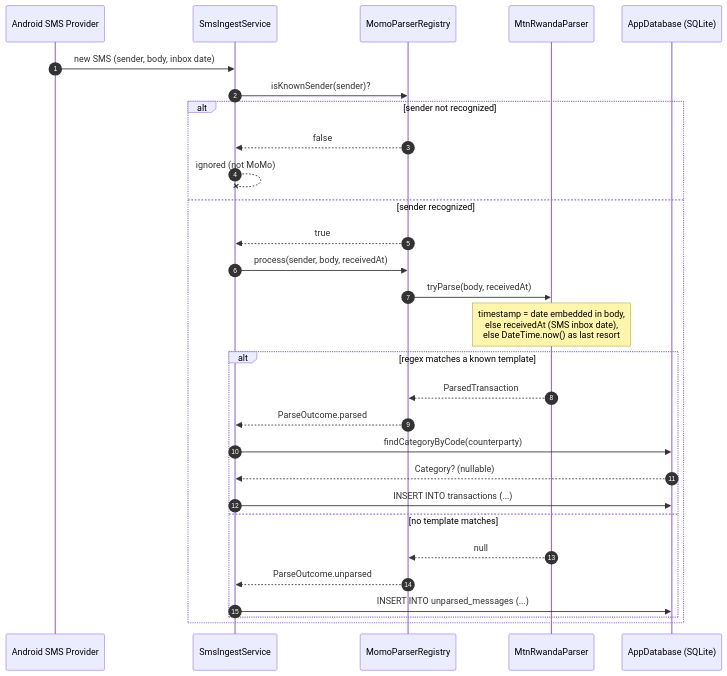
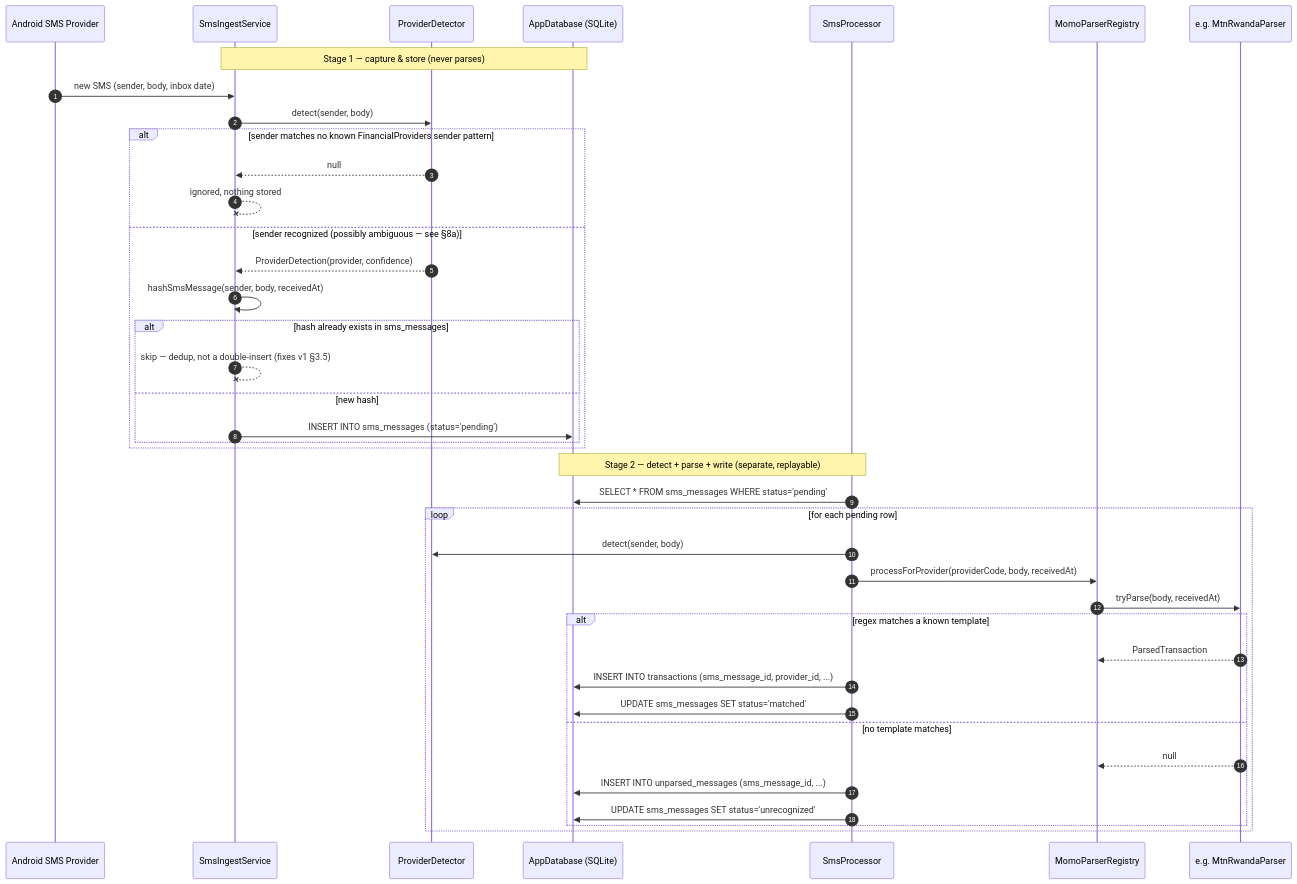
One commit to Illustre13/menyaKash changed the third of 13 diagrams in docs/ARCHITECTURE.md. Above: the diagram before and after it, drawn with Mermaid. The commit also changed other lines of this file, not shown here.

First line of the commit message:
docs: update system architecture

````diff
--- a/docs/ARCHITECTURE.md
+++ b/docs/ARCHITECTURE.md
@@ -121,32 +137,44 @@
 ```mermaid
 sequenceDiagram
     autonumber
     participant OS as Android SMS Provider
     participant Ingest as SmsIngestService
+    participant Det as ProviderDetector
+    participant DB as AppDatabase (SQLite)
+    participant Proc as SmsProcessor
     participant Reg as MomoParserRegistry
-    participant Parser as MtnRwandaParser
-    participant DB as AppDatabase (SQLite)
+    participant Parser as e.g. MtnRwandaParser
 
+    Note over Ingest,DB: Stage 1 — capture & store (never parses)
     OS->>Ingest: new SMS (sender, body, inbox date)
-    Ingest->>Reg: isKnownSender(sender)?
-    alt sender not recognized
-        Reg-->>Ingest: false
-        Ingest--xIngest: ignored (not MoMo)
-    else sender recognized
-        Reg-->>Ingest: true
-        Ingest->>Reg: process(sender, body, receivedAt)
+    Ingest->>Det: detect(sender, body)
+    alt sender matches no known FinancialProviders sender pattern
+        Det-->>Ingest: null
+        Ingest--xIngest: ignored, nothing stored
+    else sender recognized (possibly ambiguous — see §8a)
+        Det-->>Ingest: ProviderDetection(provider, confidence)
+        Ingest->>Ingest: hashSmsMessage(sender, body, receivedAt)
+        alt hash already exists in sms_messages
+            Ingest--xIngest: skip — dedup, not a double-insert (fixes v1 §3.5)
+        else new hash
+            Ingest->>DB: INSERT INTO sms_messages (status='pending')
+        end
+    end
+
+    Note over Proc,DB: Stage 2 — detect + parse + write (separate, replayable)
+    Proc->>DB: SELECT * FROM sms_messages WHERE status='pending'
+    loop for each pending row
+        Proc->>Det: detect(sender, body)
+        Proc->>Reg: processForProvider(providerCode, body, receivedAt)
         Reg->>Parser: tryParse(body, receivedAt)
-        Note over Parser: timestamp = date embedded in body,<br/>else receivedAt (SMS inbox date),<br/>else DateTime.now() as last resort
         alt regex matches a known template
             Parser-->>Reg: ParsedTransaction
-            Reg-->>Ingest: ParseOutcome.parsed
-            Ingest->>DB: findCategoryByCode(counterparty)
-            DB-->>Ingest: Category? (nullable)
-            Ingest->>DB: INSERT INTO transactions (...)
+            Proc->>DB: INSERT INTO transactions (sms_message_id, provider_id, ...)
+            Proc->>DB: UPDATE sms_messages SET status='matched'
         else no template matches
             Parser-->>Reg: null
-            Reg-->>Ingest: ParseOutcome.unparsed
-            Ingest->>DB: INSERT INTO unparsed_messages (...)
+            Proc->>DB: INSERT INTO unparsed_messages (sms_message_id, ...)
+            Proc->>DB: UPDATE sms_messages SET status='unrecognized'
         end
     end
 ```
````
